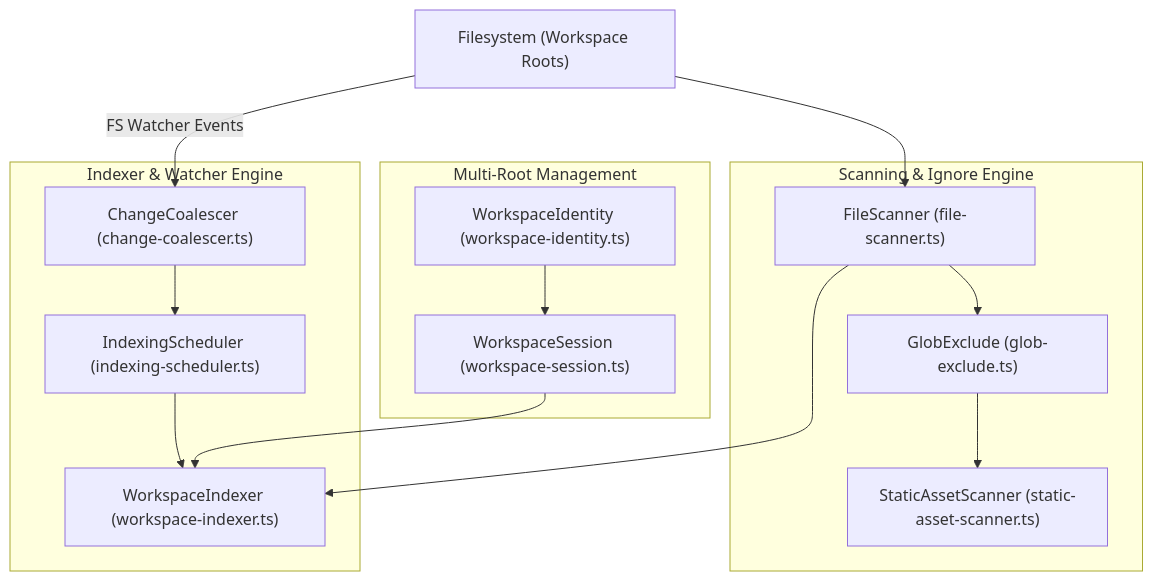
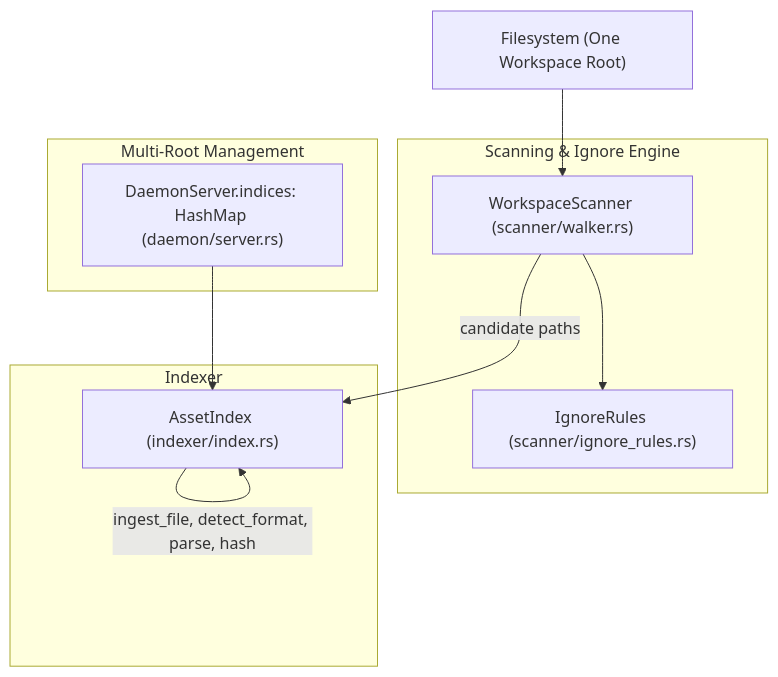
The diagram in docs/guides/03-asset-indexing.md (sxnnyside-project/animoria), drawn with Mermaid before and after one commit. The commit also changed other lines of this file and 466 other files, not shown here.

````diff
--- a/docs/guides/03-asset-indexing.md
+++ b/docs/guides/03-asset-indexing.md
@@ -16,33 +18,23 @@
 ```mermaid
 graph TD
-    FS["Filesystem (Workspace Roots)"]
-    
+    FS["Filesystem (One Workspace Root)"]
+
     subgraph ScanningSubsystem["Scanning & Ignore Engine"]
-        FileScanner["FileScanner (file-scanner.ts)"]
-        IgnoreEngine["GlobExclude (glob-exclude.ts)"]
-        StaticScanner["StaticAssetScanner (static-asset-scanner.ts)"]
-    end
-    
-    subgraph IndexerSubsystem["Indexer & Watcher Engine"]
-        Indexer["WorkspaceIndexer (workspace-indexer.ts)"]
-        Scheduler["IndexingScheduler (indexing-scheduler.ts)"]
-        Coalescer["ChangeCoalescer (change-coalescer.ts)"]
+        Scanner["WorkspaceScanner (scanner/walker.rs)"]
+        IgnoreRules["IgnoreRules (scanner/ignore_rules.rs)"]
     end
 
-    subgraph WorkspaceSubsystem["Multi-Root Management"]
-        Identity["WorkspaceIdentity (workspace-identity.ts)"]
-        Session["WorkspaceSession (workspace-session.ts)"]
+    subgraph IndexerSubsystem["Indexer"]
+        Index["AssetIndex (indexer/index.rs)"]
     end
 
-    FS --> FileScanner
-    FileScanner --> IgnoreEngine
-    IgnoreEngine --> StaticScanner
-    FileScanner --> Indexer
-    
-    FS -->|FS Watcher Events| Coalescer
-    Coalescer --> Scheduler
-    Scheduler --> Indexer
+    subgraph DaemonSubsystem["Multi-Root Management"]
+        Server["DaemonServer.indices: HashMap<String, AssetIndex> (daemon/server.rs)"]
+    end
 
-    Identity --> Session
-    Session --> Indexer
+    FS --> Scanner
+    Scanner --> IgnoreRules
+    Scanner -->|candidate paths| Index
+    Index -->|ingest_file, detect_format, parse, hash| Index
+    Server --> Index
 ```
````
